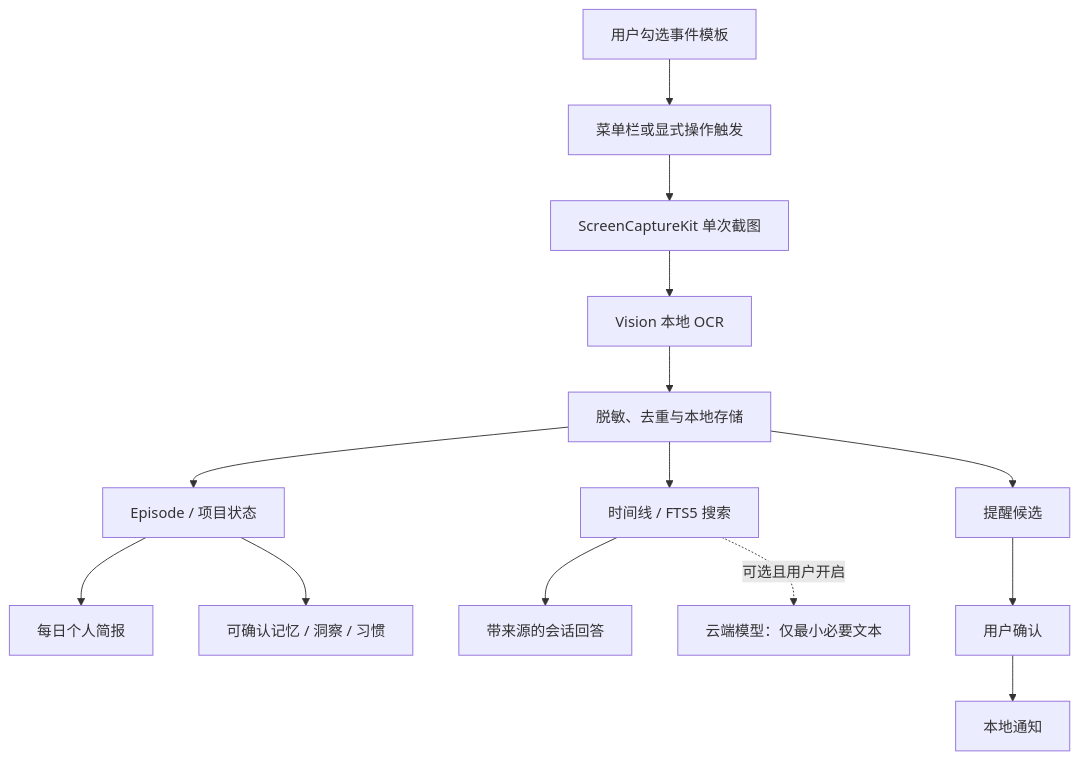
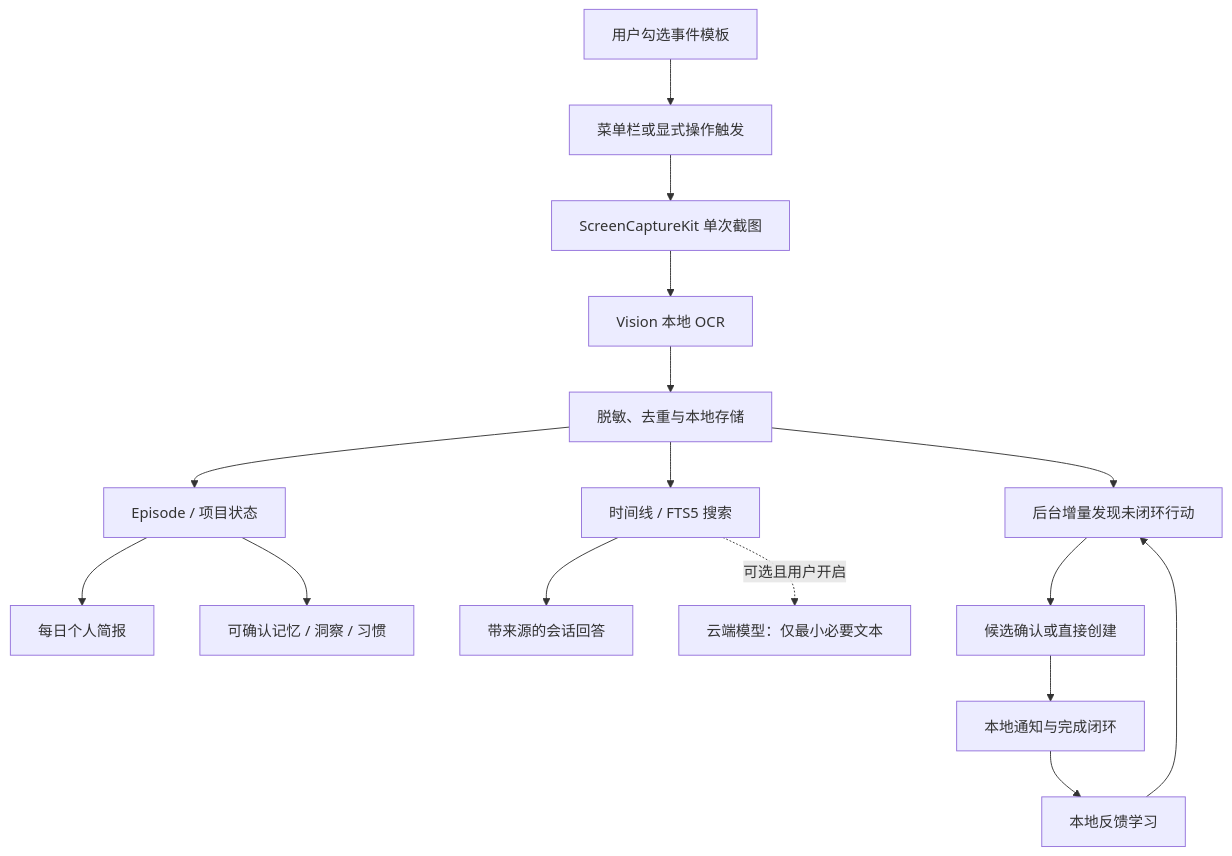
The diagram in README.md (samz406/Recall), drawn with Mermaid before and after one commit. The commit also changed other lines of this file and 9 other files, not shown here.

````diff
--- a/README.md
+++ b/README.md
@@ -31,16 +31,18 @@
 ```mermaid
 flowchart TD
     A[用户勾选事件模板] --> B[菜单栏或显式操作触发]
     B --> C[ScreenCaptureKit 单次截图]
     C --> D[Vision 本地 OCR]
     D --> E[脱敏、去重与本地存储]
     E --> F[Episode / 项目状态]
     F --> G[每日个人简报]
     F --> H[可确认记忆 / 洞察 / 习惯]
     E --> I[时间线 / FTS5 搜索]
     I --> J[带来源的会话回答]
-    E --> K[提醒候选]
-    K --> L[用户确认]
-    L --> M[本地通知]
+    E --> K[后台增量发现未闭环行动]
+    K --> L[候选确认或直接创建]
+    L --> M[本地通知与完成闭环]
+    M --> O[本地反馈学习]
+    O --> K
     I -.可选且用户开启.-> N[云端模型：仅最小必要文本]
 ```
````
